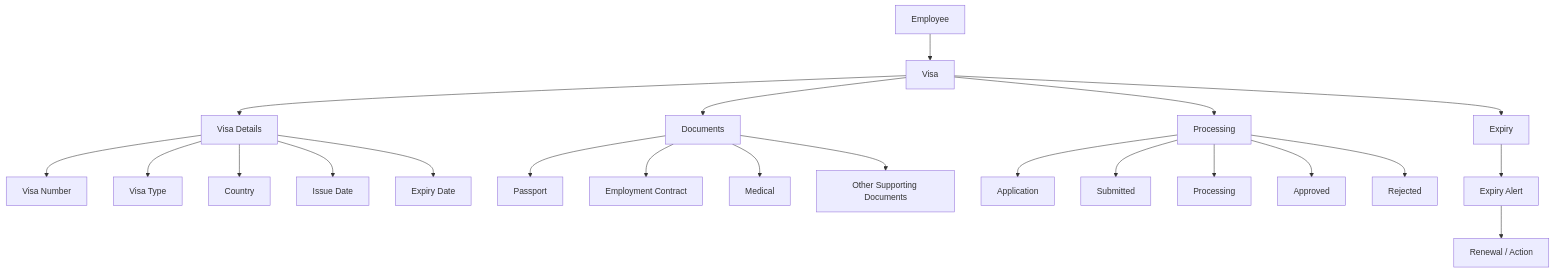
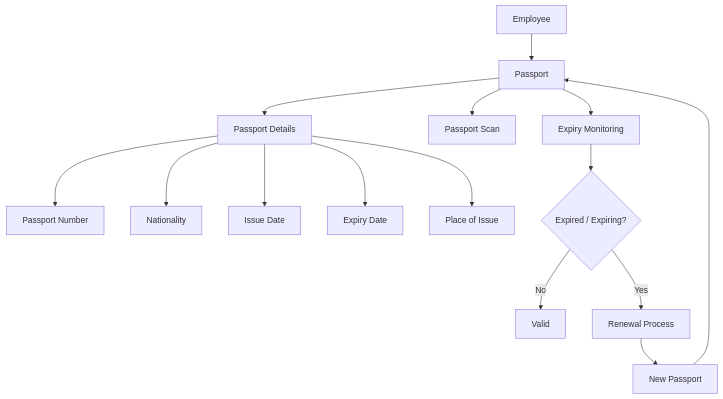
Before and after one commit to Plug0007/erpnext-niglobal: the ninth of 25 diagrams in README.md, drawn with Mermaid. The commit also changed other lines of this file, not shown here.

````diff
--- a/README.md
+++ b/README.md
@@ -456,37 +510,27 @@
 ```mermaid
 flowchart TD
     %% =========================================================
-    %% VISA
-    %% Immigration/visa processing lifecycle.
+    %% PASSPORT
+    %% Passport validity and renewal.
     %% =========================================================
 
-    A[Employee] --> B[Visa]
+    A["Employee"]
+    A --> B["Passport"]
 
-    %% Visa identity and validity.
-    B --> C[Visa Details]
-    C --> C1[Visa Number]
-    C --> C2[Visa Type]
-    C --> C3[Country]
-    C --> C4[Issue Date]
-    C --> C5[Expiry Date]
+    B --> C["Passport Details"]
+    C --> C1["Passport Number"]
+    C --> C2["Nationality"]
+    C --> C3["Issue Date"]
+    C --> C4["Expiry Date"]
+    C --> C5["Place of Issue"]
 
-    %% Supporting files.
-    B --> D[Documents]
-    D --> D1[Passport]
-    D --> D2[Employment Contract]
-    D --> D3[Medical]
-    D --> D4[Other Supporting Documents]
+    B --> D["Passport Scan"]
+    B --> E["Expiry Monitoring"]
 
-    %% Processing workflow.
-    B --> E[Processing]
-    E --> E1[Application]
-    E --> E2[Submitted]
-    E --> E3[Processing]
-    E --> E4[Approved]
-    E --> E5[Rejected]
+    E --> F{"Expired / Expiring?"}
+    F -->|No| G["Valid"]
+    F -->|Yes| H["Renewal Process"]
 
-    %% Expiry action.
-    B --> F[Expiry]
-    F --> F1[Expiry Alert]
-    F1 --> F2[Renewal / Action]
+    H --> I["New Passport"]
+    I --> B
 ```
````
